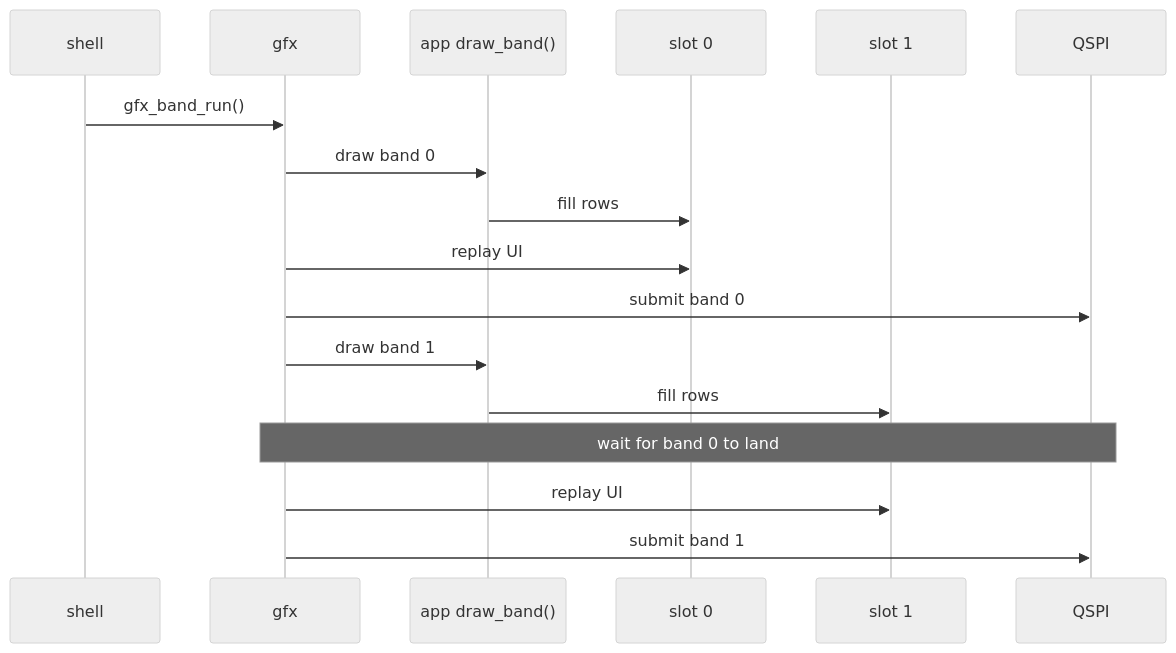
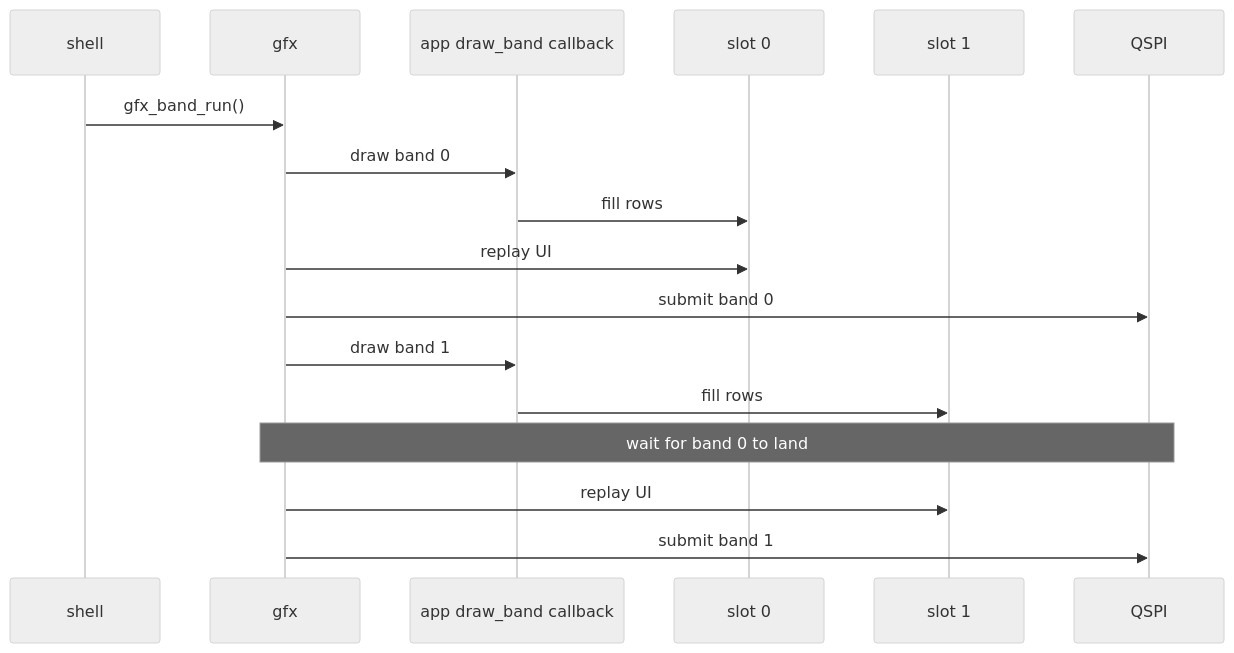
The fourth of 4 diagrams in docs/Gfx-and-Presentation.md (jose-villegas/autana), drawn with Mermaid (neutral theme) before and after one commit. The commit also changed other lines of this file and 1 other file, not shown here.

Commit message:
gfx: correct band callback references

````diff
--- a/docs/Gfx-and-Presentation.md
+++ b/docs/Gfx-and-Presentation.md
@@ -177,19 +177,19 @@
 ```mermaid
 sequenceDiagram
     participant S as shell
     participant G as gfx
-    participant A as app draw_band()
+    participant A as app draw_band callback
     participant S0 as slot 0
     participant S1 as slot 1
     participant Q as QSPI
     S->>G: gfx_band_run()
     G->>A: draw band 0
     A->>S0: fill rows
     G->>S0: replay UI
     G->>Q: submit band 0
     G->>A: draw band 1
     A->>S1: fill rows
     Note over G,Q: wait for band 0 to land
     G->>S1: replay UI
     G->>Q: submit band 1
 ```
````
